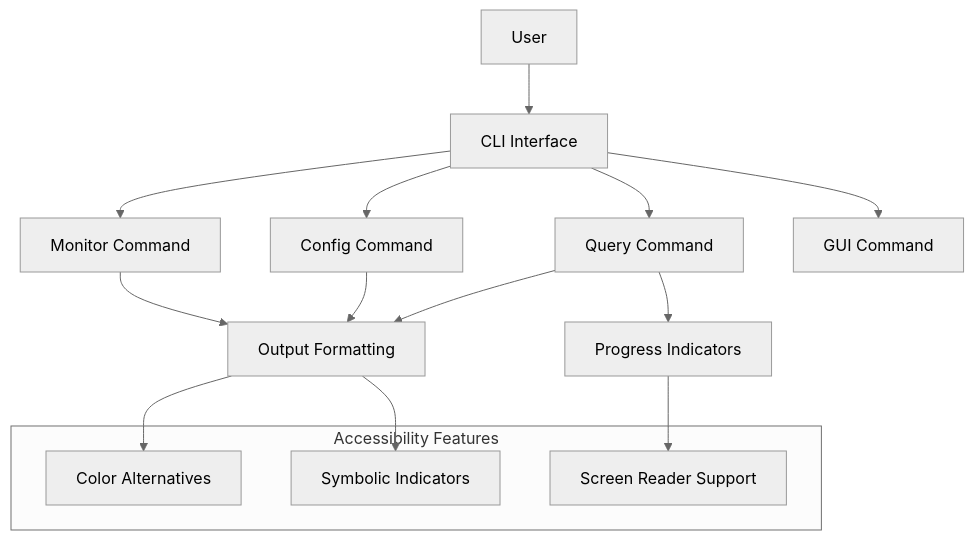
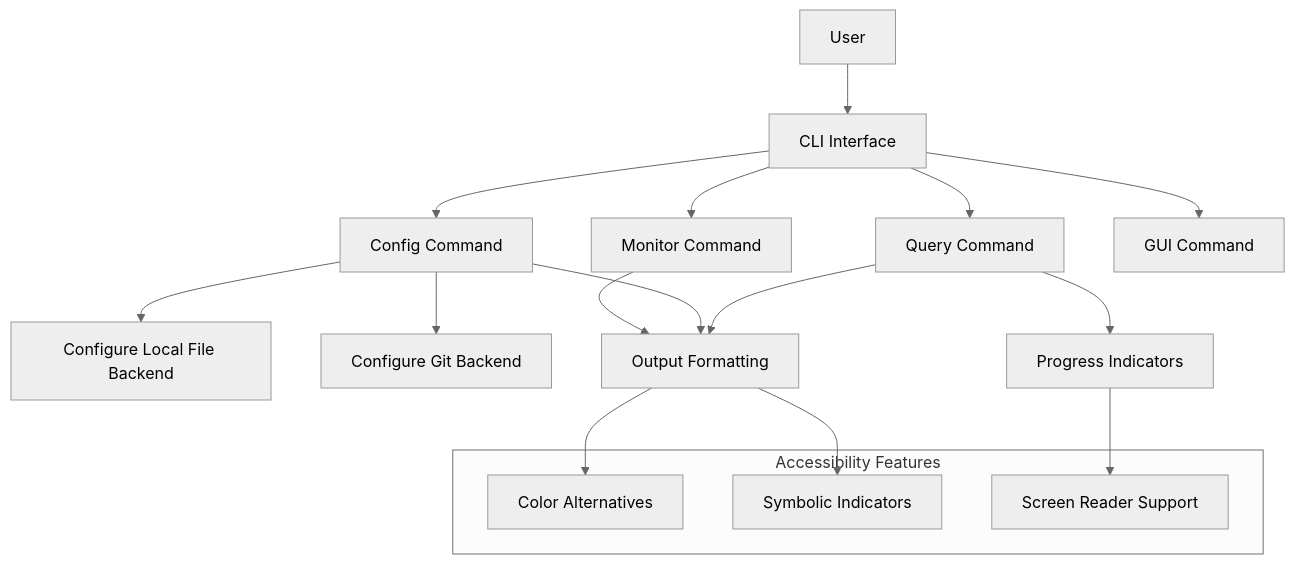
One commit to ravenoak/autoresearch changed the second of 5 diagrams in docs/diagrams/ux_architecture.md. Above: the diagram before and after it, drawn with Mermaid (neutral theme). The commit also changed other lines of this file and 1 other file, not shown here.

Commit message:
docs: include local file and git backends

````diff
--- a/docs/diagrams/ux_architecture.md
+++ b/docs/diagrams/ux_architecture.md
@@ -49,25 +49,27 @@
 ```mermaid
 graph TD
     User[User] --> CLI[CLI Interface]
     
     CLI --> QueryCommand[Query Command]
     CLI --> ConfigCommand[Config Command]
     CLI --> MonitorCommand[Monitor Command]
     CLI --> GuiCommand[GUI Command]
+    ConfigCommand --> LocalFileSetup[Configure Local File Backend]
+    ConfigCommand --> GitRepoSetup[Configure Git Backend]
     
     QueryCommand --> OutputFormat[Output Formatting]
     ConfigCommand --> OutputFormat
     MonitorCommand --> OutputFormat
     
     QueryCommand --> ProgressIndicators[Progress Indicators]
     
     subgraph "Accessibility Features"
         ColorAlternatives[Color Alternatives]
         SymbolicIndicators[Symbolic Indicators]
         ScreenReaderSupport[Screen Reader Support]
     end
     
     OutputFormat --> ColorAlternatives
     OutputFormat --> SymbolicIndicators
     ProgressIndicators --> ScreenReaderSupport
 ```
````
